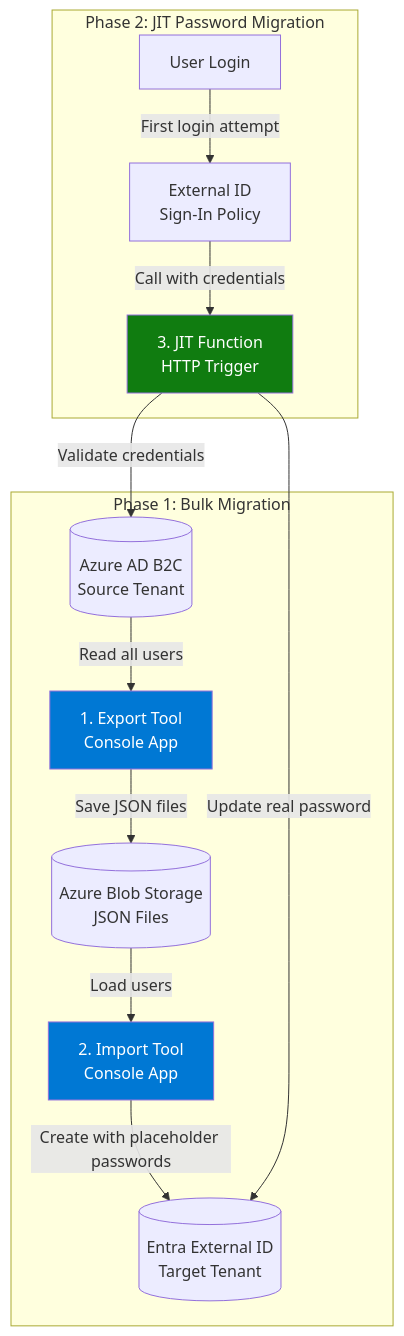
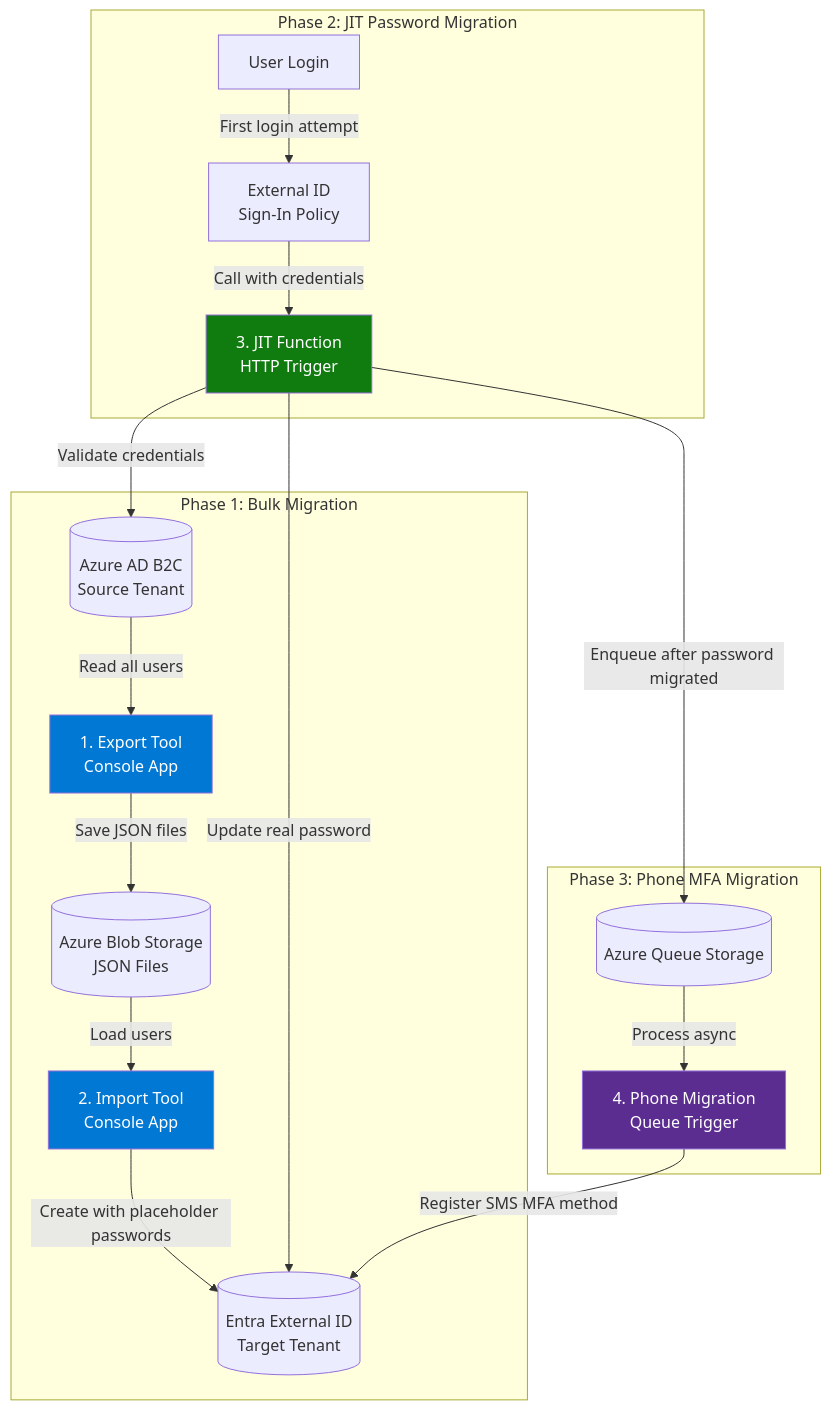
The diagram in README.md (alvesfabi/b2c-to-meeid-migration-tool), drawn with Mermaid before and after one commit. The commit also changed other lines of this file and 19 other files, not shown here.

````diff
--- a/README.md
+++ b/README.md
@@ -31,30 +32,40 @@
 ```mermaid
 graph TB
     subgraph "Phase 1: Bulk Migration"
         B2C[(Azure AD B2C<br/>Source Tenant)]
         Export[1. Export Tool<br/>Console App]
         Storage[(Azure Blob Storage<br/>JSON Files)]
         Import[2. Import Tool<br/>Console App]
         ExtID[(Entra External ID<br/>Target Tenant)]
 
         B2C -->|Read all users| Export
         Export -->|Save JSON files| Storage
         Storage -->|Load users| Import
         Import -->|Create with placeholder passwords| ExtID
     end
 
     subgraph "Phase 2: JIT Password Migration"
         User[User Login]
         ExtIDLogin[External ID<br/>Sign-In Policy]
         JIT[3. JIT Function<br/>HTTP Trigger]
 
         User -->|First login attempt| ExtIDLogin
         ExtIDLogin -->|Call with credentials| JIT
         JIT -->|Validate credentials| B2C
         JIT -->|Update real password| ExtID
     end
 
+    subgraph "Phase 3: Phone MFA Migration"
+        Queue[(Azure Queue Storage)]
+        PhoneFunc[4. Phone Migration<br/>Queue Trigger]
+
+        JIT -->|Enqueue after password migrated| Queue
+        Queue -->|Process async| PhoneFunc
+        PhoneFunc -->|Register SMS MFA method| ExtID
+    end
+
     style Export fill:#0078d4,color:#fff
     style Import fill:#0078d4,color:#fff
     style JIT fill:#107c10,color:#fff
+    style PhoneFunc fill:#5c2d91,color:#fff
 ```
````
